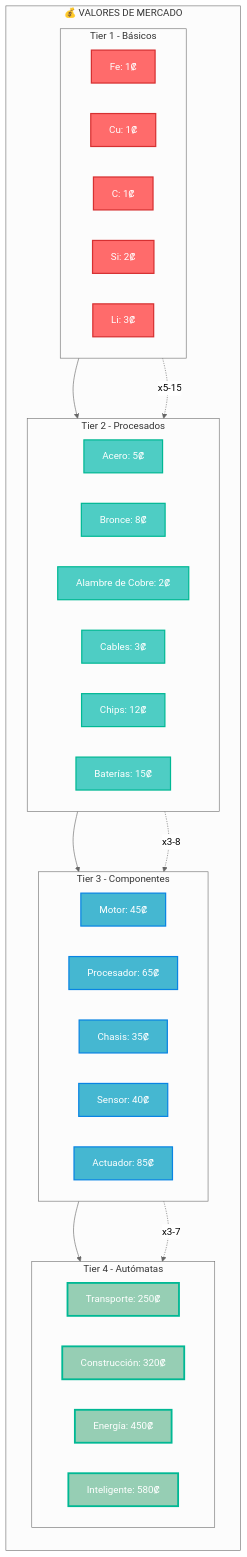
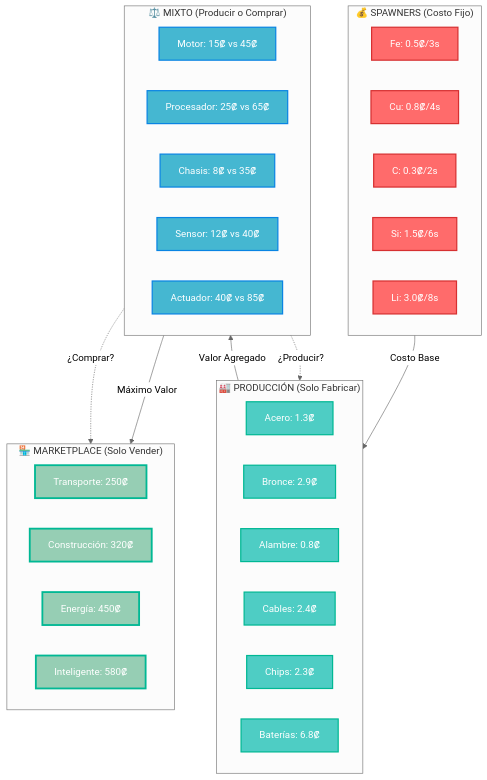
The diagram in docs/assets/materials-tree.md (dchaves80/Automata1.0), drawn with Mermaid (neutral theme) before and after one commit. The commit also changed other lines of this file, not shown here.

Commit message:
💰 Add comprehensive spawner system: Tick-based material generation with costs, states management, optimization strategies, and economic analysis for all game phases

````diff
--- a/docs/assets/materials-tree.md
+++ b/docs/assets/materials-tree.md
@@ -382,57 +86,54 @@
 ```mermaid
-graph LR
-    subgraph Valores["💰 VALORES DE MERCADO"]
-        subgraph T1["Tier 1 - Básicos"]
-            Fe1[Fe: 1₡]
-            Cu1[Cu: 1₡]
-            C1[C: 1₡]
-            Si1[Si: 2₡]
-            Li1[Li: 3₡]
-        end
-        
-        subgraph T2["Tier 2 - Procesados"]
-            Acero2[Acero: 5₡]
-            Bronce2[Bronce: 8₡]
-            AlambreCobre2[Alambre de Cobre: 2₡]
-            Cables2[Cables: 3₡]
-            Chips2[Chips: 12₡]
-            Baterias2[Baterías: 15₡]
-        end
-        
-        subgraph T3["Tier 3 - Componentes"]
-            Motor3[Motor: 45₡]
-            Procesador3[Procesador: 65₡]
-            Chasis3[Chasis: 35₡]
-            Sensor3[Sensor: 40₡]
-            Actuador3[Actuador: 85₡]
-        end
-        
-        subgraph T4["Tier 4 - Autómatas"]
-            AutoT4[Transporte: 250₡]
-            AutoC4[Construcción: 320₡]
-            AutoE4[Energía: 450₡]
-            AutoI4[Inteligente: 580₡]
-        end
+graph TD
+    subgraph Spawners["💰 SPAWNERS (Costo Fijo)"]
+        Fe[Fe: 0.5₡/3s]
+        Cu[Cu: 0.8₡/4s]
+        C[C: 0.3₡/2s]
+        Si[Si: 1.5₡/6s]
+        Li[Li: 3.0₡/8s]
     end
     
-    %% Flujo de valor
-    T1 --> T2
-    T2 --> T3
-    T3 --> T4
+    subgraph Produccion["🏭 PRODUCCIÓN (Solo Fabricar)"]
+        Acero[Acero: 1.3₡]
+        Bronce[Bronce: 2.9₡]
+        Alambre[Alambre: 0.8₡]
+        Cables[Cables: 2.4₡]
+        Chips[Chips: 2.3₡]
+        Baterias[Baterías: 6.8₡]
+    end
     
-    %% Multiplicadores de valor
-    T1 -.->|x5-15| T2
-    T2 -.->|x3-8| T3
-    T3 -.->|x3-7| T4
+    subgraph Mixto["⚖️ MIXTO (Producir o Comprar)"]
+        Motor[Motor: 15₡ vs 45₡]
+        Procesador[Procesador: 25₡ vs 65₡]
+        Chasis[Chasis: 8₡ vs 35₡]
+        Sensor[Sensor: 12₡ vs 40₡]
+        Actuador[Actuador: 40₡ vs 85₡]
+    end
+    
+    subgraph Marketplace["🏪 MARKETPLACE (Solo Vender)"]
+        AutoT[Transporte: 250₡]
+        AutoC[Construcción: 320₡]
+        AutoE[Energía: 450₡]
+        AutoI[Inteligente: 580₡]
+    end
+    
+    %% Flujo económico
+    Spawners --> |Costo Base| Produccion
+    Produccion --> |Valor Agregado| Mixto
+    Mixto --> |Máximo Valor| Marketplace
+    
+    %% Decisiones estratégicas
+    Mixto -.->|¿Producir?| Produccion
+    Mixto -.->|¿Comprar?| Marketplace
     
     %% Estilos
-    classDef tier1 fill:#ff6b6b,stroke:#d63031,stroke-width:2px,color:#fff
-    classDef tier2 fill:#4ecdc4,stroke:#00b894,stroke-width:2px,color:#fff
-    classDef tier3 fill:#45b7d1,stroke:#0984e3,stroke-width:2px,color:#fff
-    classDef tier4 fill:#96ceb4,stroke:#00b894,stroke-width:3px,color:#fff
+    classDef spawner fill:#ff6b6b,stroke:#d63031,stroke-width:2px,color:#fff
+    classDef produccion fill:#4ecdc4,stroke:#00b894,stroke-width:2px,color:#fff
+    classDef mixto fill:#45b7d1,stroke:#0984e3,stroke-width:2px,color:#fff
+    classDef market fill:#96ceb4,stroke:#00b894,stroke-width:3px,color:#fff
     
-    class Fe1,Cu1,C1,Si1,Li1 tier1
-    class Acero2,Bronce2,AlambreCobre2,Cables2,Chips2,Baterias2 tier2
-    class Motor3,Procesador3,Chasis3,Sensor3,Actuador3 tier3
-    class AutoT4,AutoC4,AutoE4,AutoI4 tier4
+    class Fe,Cu,C,Si,Li spawner
+    class Acero,Bronce,Alambre,Cables,Chips,Baterias produccion
+    class Motor,Procesador,Chasis,Sensor,Actuador mixto
+    class AutoT,AutoC,AutoE,AutoI market
 ```
````
